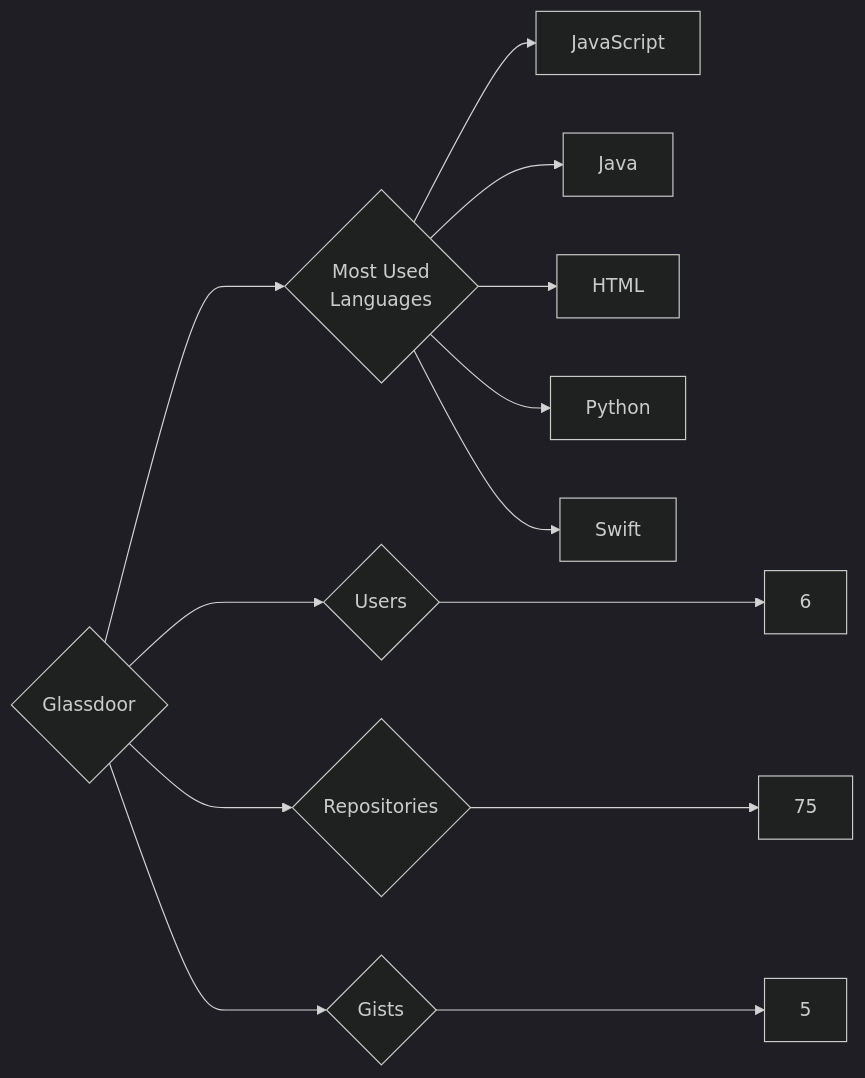
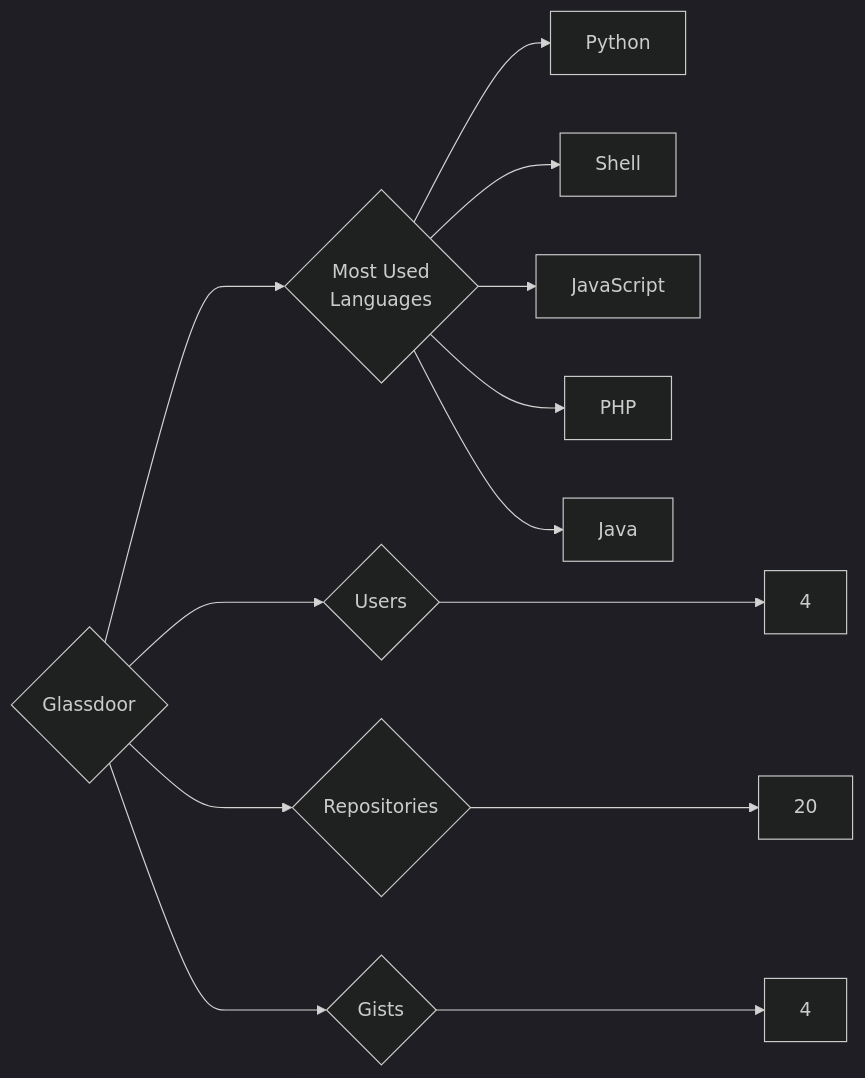
One commit to trickest/insiders changed the diagram in targets/Glassdoor/README.md. Above: the diagram before and after it, drawn with Mermaid (dark theme). The commit also changed 1036 other files, not shown here.

````diff
--- a/targets/Glassdoor/README.md
+++ b/targets/Glassdoor/README.md
@@ -3,13 +3,13 @@
 ```mermaid
 graph LR
 COMPANY_NAME{Glassdoor}
-COMPANY_NAME ---> U{Users} ---> UN[6]
-COMPANY_NAME ---> R{Repositories} ---> RN[75]
-COMPANY_NAME ---> G{Gists} ---> GN[5]
+COMPANY_NAME ---> U{Users} ---> UN[4]
+COMPANY_NAME ---> R{Repositories} ---> RN[20]
+COMPANY_NAME ---> G{Gists} ---> GN[4]
 COMPANY_NAME ---> ML{Most Used<br>Languages}
+ML --> Python[Python]
+ML --> Shell[Shell]
 ML --> JavaScript[JavaScript]
+ML --> PHP[PHP]
 ML --> Java[Java]
-ML --> HTML[HTML]
-ML --> Python[Python]
-ML --> Swift[Swift]
 ```
````
